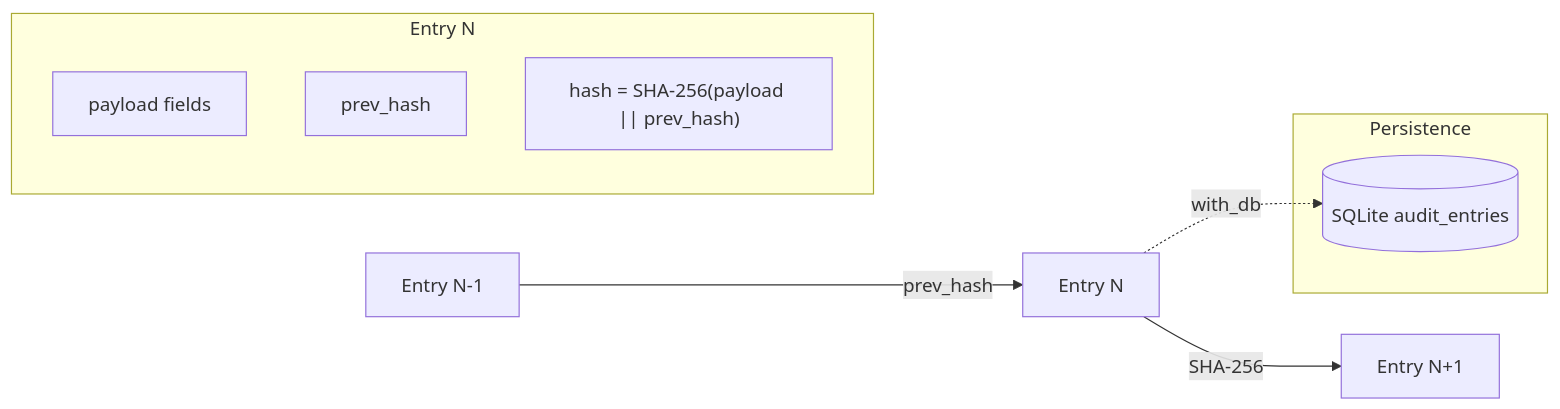
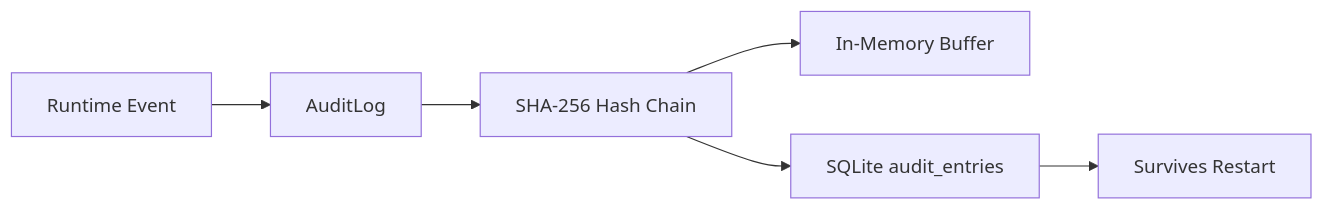
The diagram in other-librefang-runtime-audit.md (leszek3737/librefang-WIki), drawn with Mermaid before and after one commit. The commit also changed other lines of this file and 128 other files, not shown here.

````diff
--- a/other-librefang-runtime-audit.md
+++ b/other-librefang-runtime-audit.md
@@ -15,18 +13,8 @@
 ```mermaid
 flowchart LR
-    E1[Entry N-1] -->|prev_hash| E2[Entry N]
-    E2 -->|SHA-256| E3[Entry N+1]
-
-    subgraph "Entry N"
-        direction TB
-        P[payload fields]
-        H[prev_hash]
-        C["hash = SHA-256(payload || prev_hash)"]
-    end
-
-    subgraph "Persistence"
-        DB[(SQLite audit_entries)]
-    end
-
-    E2 -.->|with_db| DB
+    E[Runtime Event] --> A[AuditLog]
+    A --> H[SHA-256 Hash Chain]
+    H --> M[In-Memory Buffer]
+    H --> D[SQLite audit_entries]
+    D --> R[Survives Restart]
 ```
````
